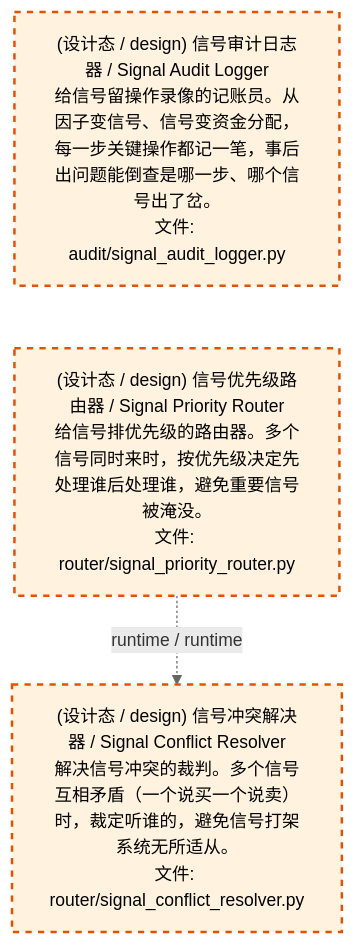
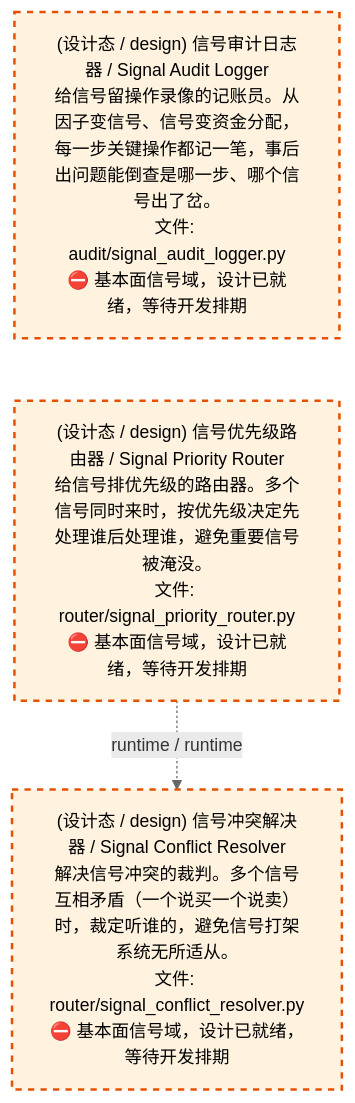
The third of 4 diagrams in docs/02_enterprise_architecture/02_domain_architecture_docs/48_d_fundamental_signal.md (xuanFelixVan/ZephyrAlpha), drawn with Mermaid before and after one commit. The commit also changed other lines of this file and 50 other files, not shown here.

````diff
--- a/docs/02_enterprise_architecture/02_domain_architecture_docs/48_d_fundamental_signal.md
+++ b/docs/02_enterprise_architecture/02_domain_architecture_docs/48_d_fundamental_signal.md
@@ -160,14 +160,14 @@
 ```mermaid
 %%{init: {'theme': 'base', 'themeVariables': {'primaryColor': '#eaeaea', 'primaryTextColor': '#333333', 'primaryBorderColor': '#666666', 'lineColor': '#666666', 'secondaryColor': '#eaeaea', 'tertiaryColor': '#eaeaea', 'fontSize': '14px'}}}%%
 flowchart TD
-    src_zephyr_signal_fundamental_audit_signal_audit_logger_py["(设计态 / design) 信号审计日志器 / Signal Audit Logger<br/>给信号留操作录像的记账员。从因子变信号、信号变资金分配，每一步关键操作都记一笔，事后出问题能倒查是哪一步、哪个信号出了岔。<br/>文件: audit/signal_audit_logger.py"]
-    src_zephyr_signal_fundamental_router_signal_priority_router_py["(设计态 / design) 信号优先级路由器 / Signal Priority Router<br/>给信号排优先级的路由器。多个信号同时来时，按优先级决定先处理谁后处理谁，避免重要信号被淹没。<br/>文件: router/signal_priority_router.py"]
+    src_zephyr_signal_fundamental_audit_signal_audit_logger_py["(设计态 / design) 信号审计日志器 / Signal Audit Logger<br/>给信号留操作录像的记账员。从因子变信号、信号变资金分配，每一步关键操作都记一笔，事后出问题能倒查是哪一步、哪个信号出了岔。<br/>文件: audit/signal_audit_logger.py<br/>⛔ 基本面信号域，设计已就绪，等待开发排期"]
+    src_zephyr_signal_fundamental_router_signal_priority_router_py["(设计态 / design) 信号优先级路由器 / Signal Priority Router<br/>给信号排优先级的路由器。多个信号同时来时，按优先级决定先处理谁后处理谁，避免重要信号被淹没。<br/>文件: router/signal_priority_router.py<br/>⛔ 基本面信号域，设计已就绪，等待开发排期"]
     src_zephyr_signal_fundamental_audit_signal_audit_logger_py ~~~ src_zephyr_signal_fundamental_router_signal_priority_router_py
-    src_zephyr_signal_fundamental_router_signal_conflict_resolver_py["(设计态 / design) 信号冲突解决器 / Signal Conflict Resolver<br/>解决信号冲突的裁判。多个信号互相矛盾（一个说买一个说卖）时，裁定听谁的，避免信号打架系统无所适从。<br/>文件: router/signal_conflict_resolver.py"]
+    src_zephyr_signal_fundamental_router_signal_conflict_resolver_py["(设计态 / design) 信号冲突解决器 / Signal Conflict Resolver<br/>解决信号冲突的裁判。多个信号互相矛盾（一个说买一个说卖）时，裁定听谁的，避免信号打架系统无所适从。<br/>文件: router/signal_conflict_resolver.py<br/>⛔ 基本面信号域，设计已就绪，等待开发排期"]
     src_zephyr_signal_fundamental_router_signal_priority_router_py -.->|runtime / runtime| src_zephyr_signal_fundamental_router_signal_conflict_resolver_py
     classDef production fill:#e1f5fe,stroke:#01579b,stroke-width:2px,color:#000
     classDef design fill:#fff3e0,stroke:#e65100,stroke-width:2px,color:#000,stroke-dasharray: 5 5
     classDef external_prod fill:#e8f4fd,stroke:#0277bd,stroke-width:1px,color:#000
     classDef external_design fill:#fff8e7,stroke:#ef6c00,stroke-width:1px,color:#000,stroke-dasharray: 5 5
     class src_zephyr_signal_fundamental_audit_signal_audit_logger_py,src_zephyr_signal_fundamental_router_signal_conflict_resolver_py,src_zephyr_signal_fundamental_router_signal_priority_router_py design
 ```
````
